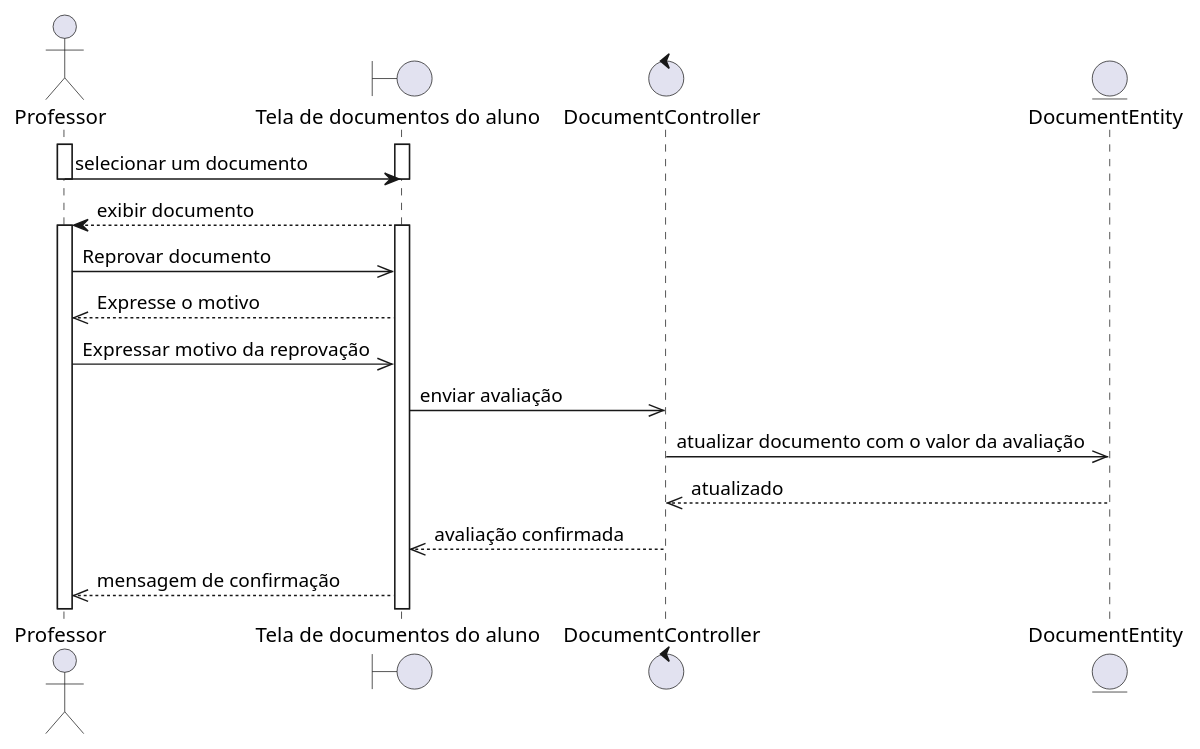
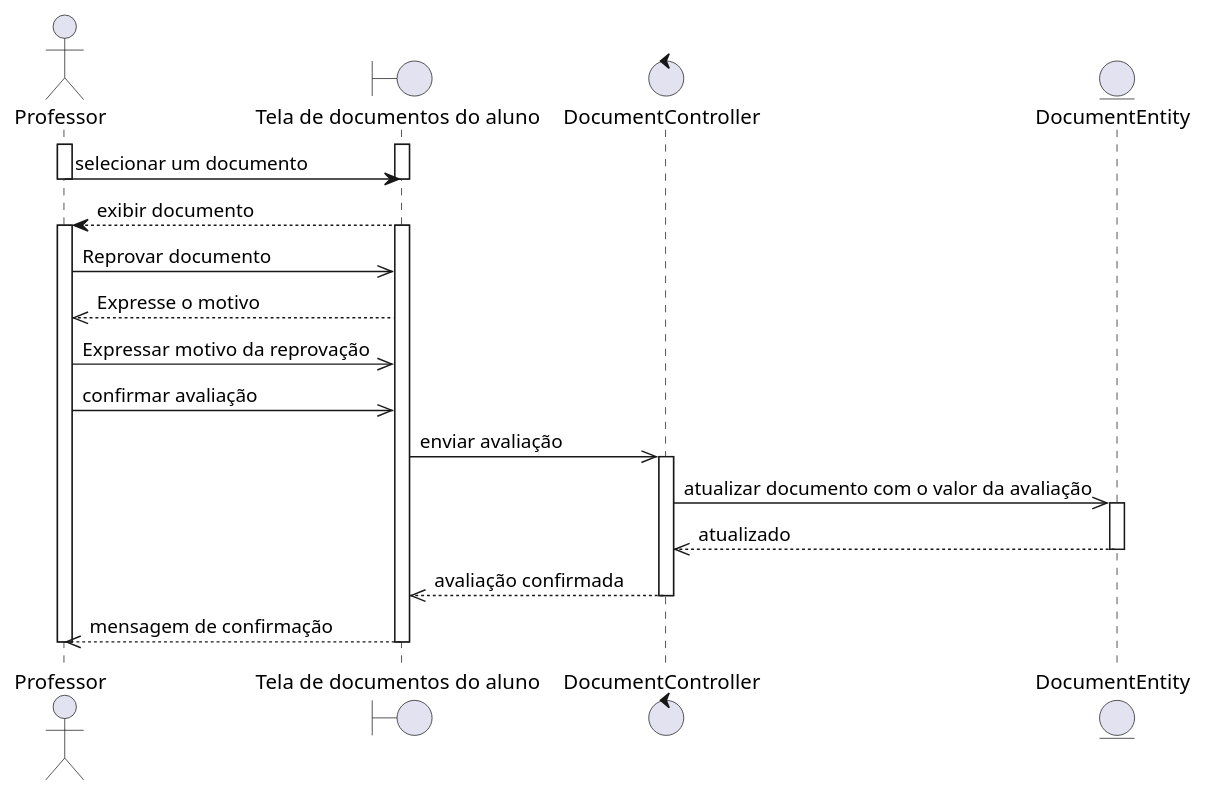
The diagram in sequence/professor/professor.reprove-doc.wsd (rodrigoRolim/CAdiagrams), drawn with PlantUML before and after one commit. The commit also changed 7 other files, not shown here.

```diff
--- a/sequence/professor/professor.reprove-doc.wsd
+++ b/sequence/professor/professor.reprove-doc.wsd
@@ -1,24 +1,31 @@
 @startuml
 actor Professor
 boundary "Tela de documentos do aluno" as documentos 
 control DocumentController as controller  
 entity DocumentEntity as model  
 
 activate Professor
 activate documentos
 Professor -> documentos: selecionar um documento
 deactivate Professor
 deactivate documentos
 documentos --> Professor: exibir documento
 activate documentos
 activate Professor
 
 Professor ->> documentos: Reprovar documento
 documentos -->> Professor: Expresse o motivo
 Professor ->> documentos: Expressar motivo da reprovação
-documentos ->> controller: enviar avaliação 
+Professor ->> documentos: confirmar avaliação
+documentos ->> controller: enviar avaliação
+activate controller 
 controller ->> model: atualizar documento com o valor da avaliação
+activate model
 model -->> controller: atualizado
+deactivate model
 controller -->> documentos: avaliação confirmada
+deactivate controller
 documentos -->> Professor: mensagem de confirmação
+deactivate documentos
+deactivate Professor
 @enduml
```
